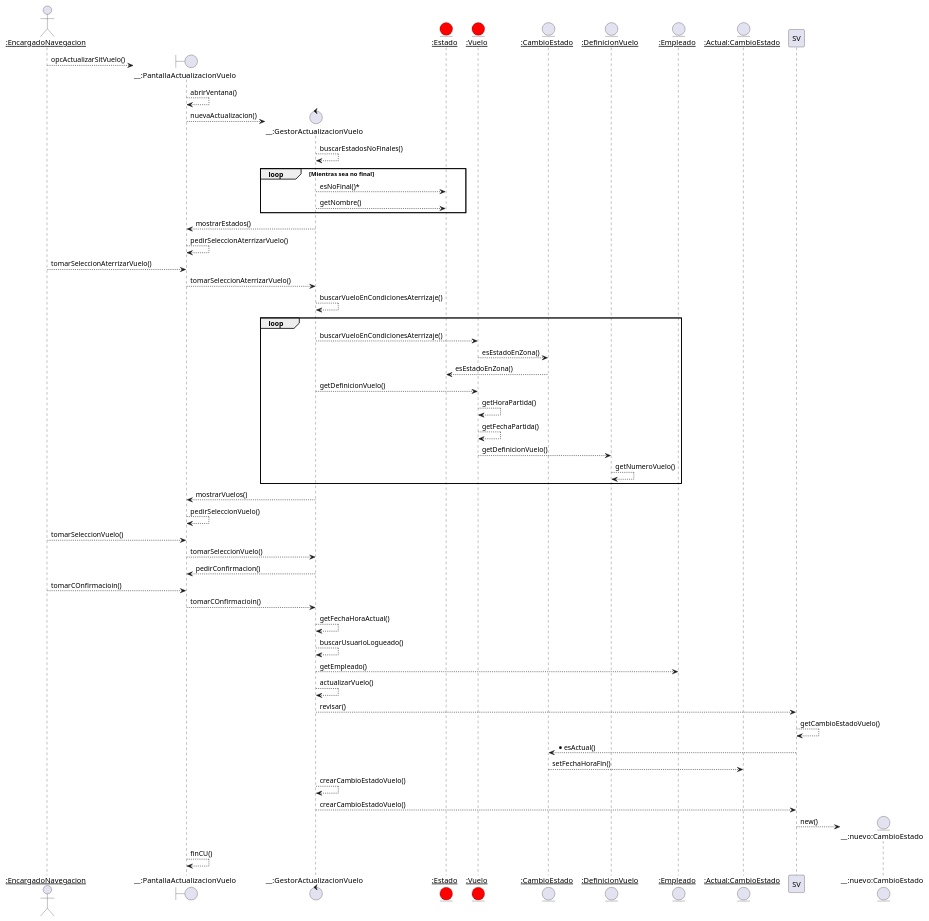
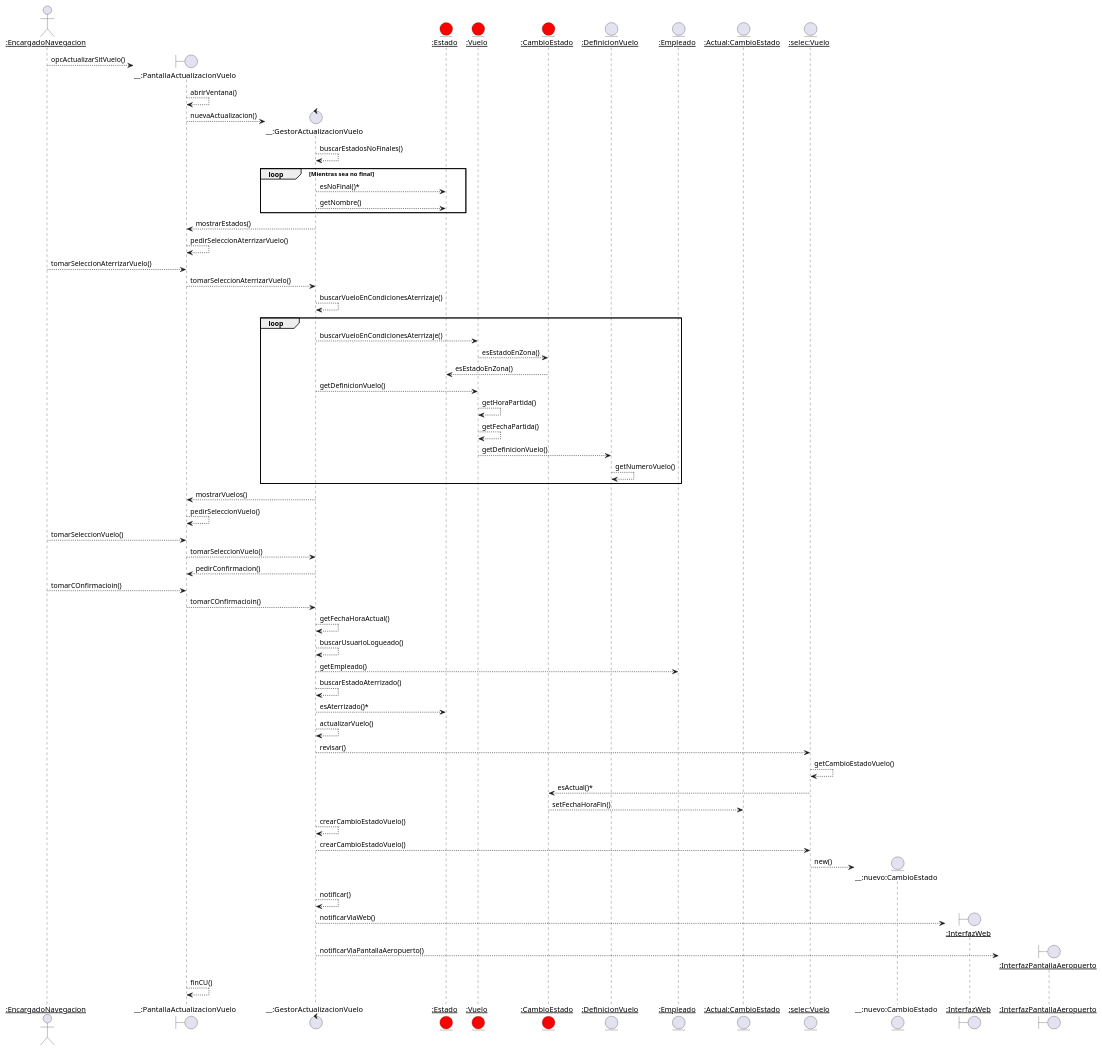
The diagram in LineaAereas/actualizarSituacionVuelo.puml (IgnacioSala20/Diagramas), drawn with PlantUML before and after one commit. The commit also changed 5 other files, not shown here.

```diff
--- a/LineaAereas/actualizarSituacionVuelo.puml
+++ b/LineaAereas/actualizarSituacionVuelo.puml
@@ -1,99 +1,108 @@
 @startuml actualizarSituacionVuelo
 actor "__:EncargadoNavegacion__" as EN 
 
 create boundary "__:PantallaActualizacionVuelo" as PAV
 
 EN --> PAV : opcActualizarSitVuelo()
 
 PAV --> PAV: abrirVentana()
 
 create control "__:GestorActualizacionVuelo" as GAV
 
 PAV --> GAV : nuevaActualizacion()
 
 GAV --> GAV : buscarEstadosNoFinales()
 
 
 entity "__:Estado__" as E #red
 entity "__:Vuelo__" as V #red
 
 group loop [Mientras sea no final]
     GAV  --> E : esNoFinal()*
     GAV --> E : getNombre()
 end
 
 GAV --> PAV : mostrarEstados()
 
 PAV --> PAV: pedirSeleccionAterrizarVuelo()
 
 EN --> PAV : tomarSeleccionAterrizarVuelo()
 
 PAV --> GAV : tomarSeleccionAterrizarVuelo()
 
 GAV --> GAV : buscarVueloEnCondicionesAterrizaje()
 
 
 group loop 
     GAV --> V: buscarVueloEnCondicionesAterrizaje()
 
-    entity "__:CambioEstado__" as CE
+    entity "__:CambioEstado__" as CE #red
 
 
     V --> CE : esEstadoEnZona()
     CE --> E : esEstadoEnZona()
 
     GAV --> V : getDefinicionVuelo()
 
     V --> V : getHoraPartida()
     V --> V : getFechaPartida()
 
     entity "__:DefinicionVuelo__" as DV
 
     V --> DV : getDefinicionVuelo()
 
     DV --> DV : getNumeroVuelo()
 
 end
 
 GAV --> PAV : mostrarVuelos()
 
 PAV --> PAV : pedirSeleccionVuelo()
 
 EN --> PAV : tomarSeleccionVuelo()
 
 PAV --> GAV : tomarSeleccionVuelo()
 
 GAV --> PAV : pedirConfirmacion()
 
 EN --> PAV : tomarCOnfirmacioin()
 PAV --> GAV : tomarCOnfirmacioin()
 
 
 GAV --> GAV : getFechaHoraActual()
 
 GAV --> GAV : buscarUsuarioLogueado()
 
 entity "__:Empleado__" as Emp
 
 GAV --> Emp : getEmpleado()
 
+GAV --> GAV : buscarEstadoAterrizado()
 
+GAV --> E: esAterrizado()*
+
+entity "__:selec:Vuelo__" as SV
 GAV --> GAV : actualizarVuelo()
 GAV --> SV: revisar()
 
 SV -->SV : getCambioEstadoVuelo()
-SV --> CE : *esActual()
+SV --> CE : esActual()*
 
 entity "__:Actual:CambioEstado__" as ACE 
 CE --> ACE : setFechaHoraFin()
 
 GAV --> GAV : crearCambioEstadoVuelo()
 entity "__:selec:Vuelo__" as SV
 
 GAV --> SV : crearCambioEstadoVuelo()
 create entity "__:nuevo:CambioEstado" as NCE
 SV --> NCE : new()
-'Como notificar a los interesados'
+
+GAV --> GAV : notificar()
+create boundary "__:InterfazWeb__" as i
+GAV --> i: notificarViaWeb()
+create boundary "__:InterfazPantallaAeropuerto__" as iPE
+GAV --> iPE: notificarViaPantallaAeropuerto()
 
 PAV --> PAV : finCU()
 @enduml
```
